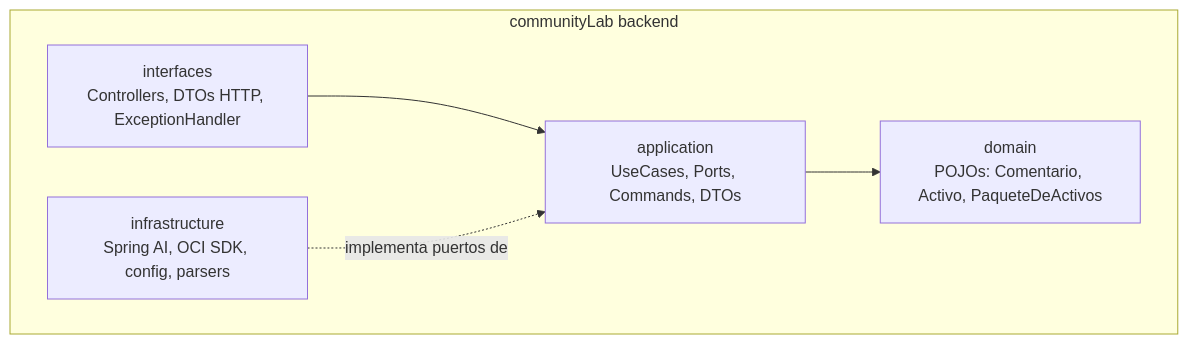
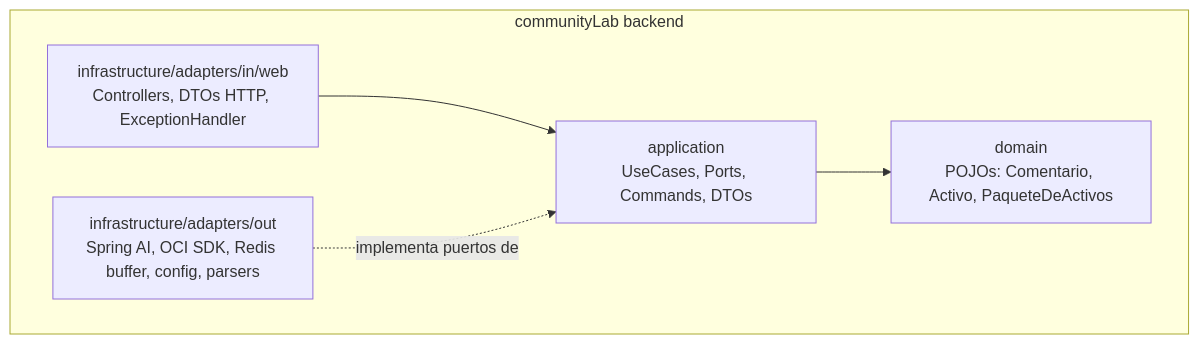
The diagram in docs/arc42/05_building_block_view.md (No-Country-simulation/G-10-CommunityLab-equipo-3), drawn with Mermaid before and after one commit. The commit also changed other lines of this file and 48 other files, not shown here.

````diff
--- a/docs/arc42/05_building_block_view.md
+++ b/docs/arc42/05_building_block_view.md
@@ -5,11 +5,11 @@
 ```mermaid
 flowchart TB
     subgraph APP [communityLab backend]
-        IF[interfaces<br/>Controllers, DTOs HTTP, ExceptionHandler]
+        INWEB[infrastructure/adapters/in/web<br/>Controllers, DTOs HTTP, ExceptionHandler]
         AP[application<br/>UseCases, Ports, Commands, DTOs]
         DM[domain<br/>POJOs: Comentario, Activo, PaqueteDeActivos]
-        IN[infrastructure<br/>Spring AI, OCI SDK, config, parsers]
+        INOUT[infrastructure/adapters/out<br/>Spring AI, OCI SDK, Redis buffer, config, parsers]
     end
-    IF --> AP --> DM
-    IN -.implementa puertos de.-> AP
+    INWEB --> AP --> DM
+    INOUT -.implementa puertos de.-> AP
 ```
````
